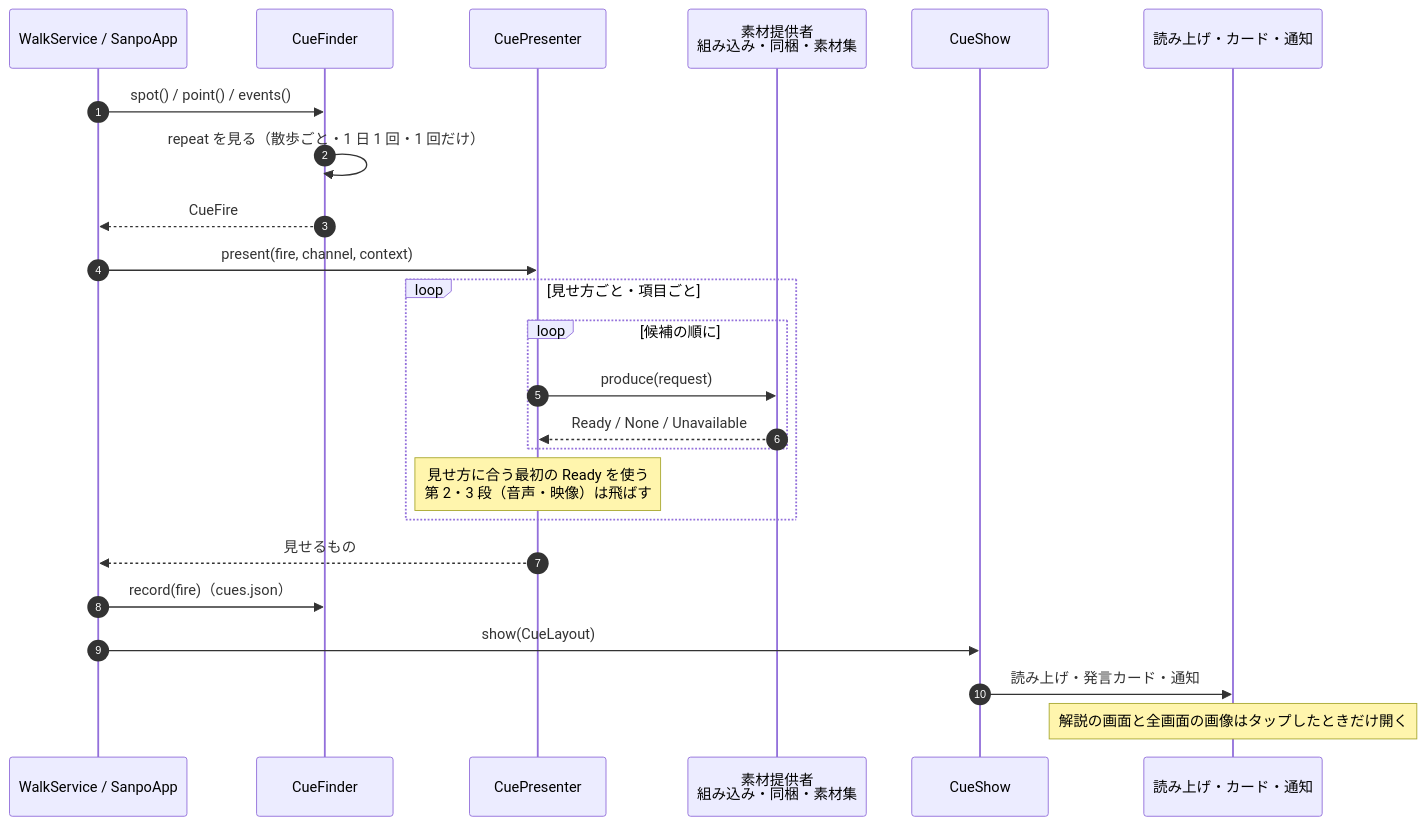
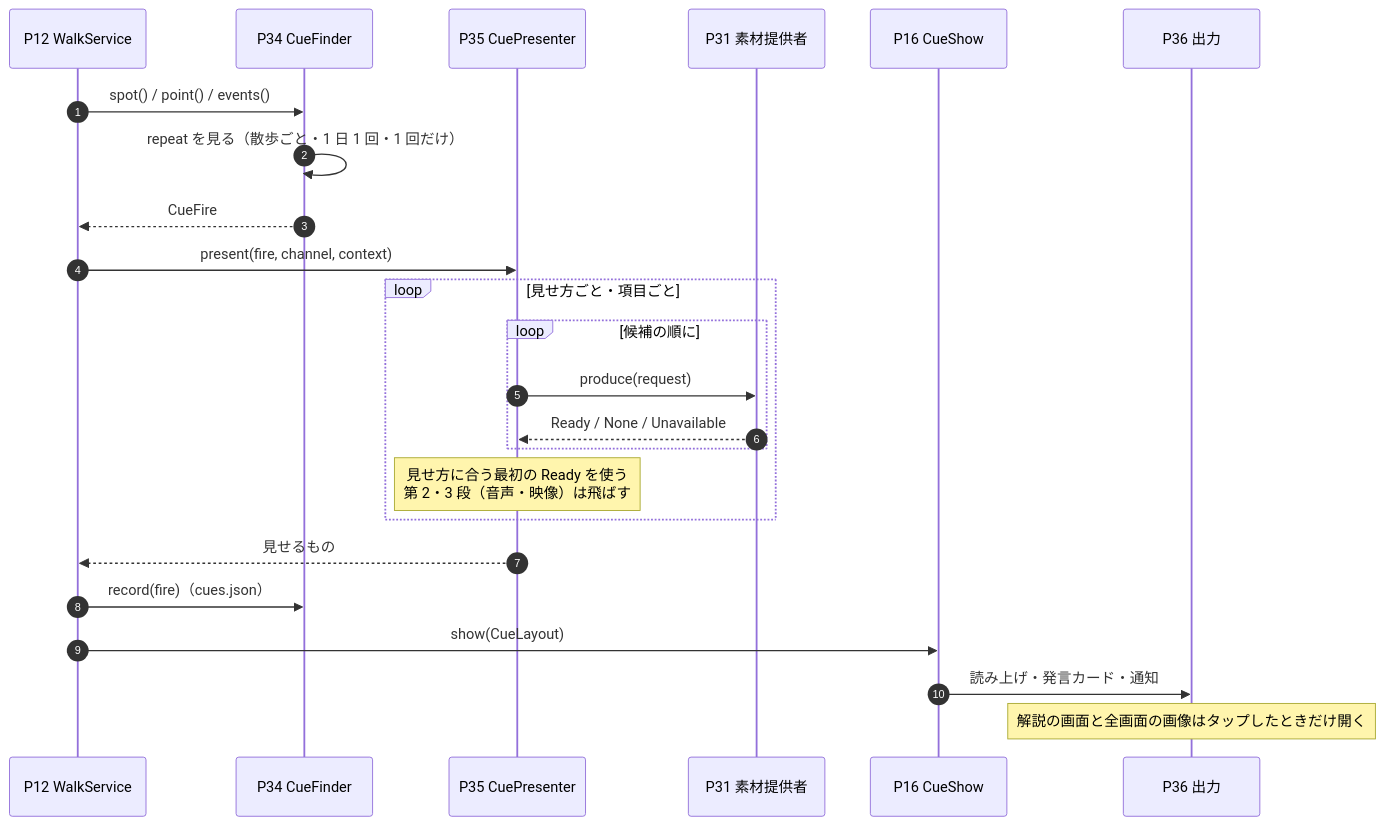
One commit to duwenji/yorisoi-sanpoguide changed the fifth of 9 diagrams in docs/sequences.md. Above: the diagram before and after it, drawn with Mermaid. The commit also changed other lines of this file, not shown here.

First line of the commit message:
docs: detail each step of the sequence diagrams

````diff
--- a/docs/sequences.md
+++ b/docs/sequences.md
@@ -203,27 +344,27 @@
 ```mermaid
 sequenceDiagram
   autonumber
-  participant Caller as WalkService / SanpoApp
-  participant Find as CueFinder
-  participant Pres as CuePresenter
-  participant P as 素材提供者<br/>組み込み・同梱・素材集
-  participant Show as CueShow
-  participant Out as 読み上げ・カード・通知
+  participant WS as P12 WalkService
+  participant Find as P34 CueFinder
+  participant Pres as P35 CuePresenter
+  participant P as P31 素材提供者
+  participant Show as P16 CueShow
+  participant Out as P36 出力
 
-  Caller->>Find: spot() / point() / events()
+  WS->>Find: spot() / point() / events()
   Find->>Find: repeat を見る（散歩ごと・1 日 1 回・1 回だけ）
-  Find-->>Caller: CueFire
-  Caller->>Pres: present(fire, channel, context)
+  Find-->>WS: CueFire
+  WS->>Pres: present(fire, channel, context)
   loop 見せ方ごと・項目ごと
     loop 候補の順に
       Pres->>P: produce(request)
       P-->>Pres: Ready / None / Unavailable
     end
     Note over Pres: 見せ方に合う最初の Ready を使う<br/>第 2・3 段（音声・映像）は飛ばす
   end
-  Pres-->>Caller: 見せるもの
-  Caller->>Find: record(fire)（cues.json）
-  Caller->>Show: show(CueLayout)
+  Pres-->>WS: 見せるもの
+  WS->>Find: record(fire)（cues.json）
+  WS->>Show: show(CueLayout)
   Show->>Out: 読み上げ・発言カード・通知
   Note over Out: 解説の画面と全画面の画像はタップしたときだけ開く
 ```
````
